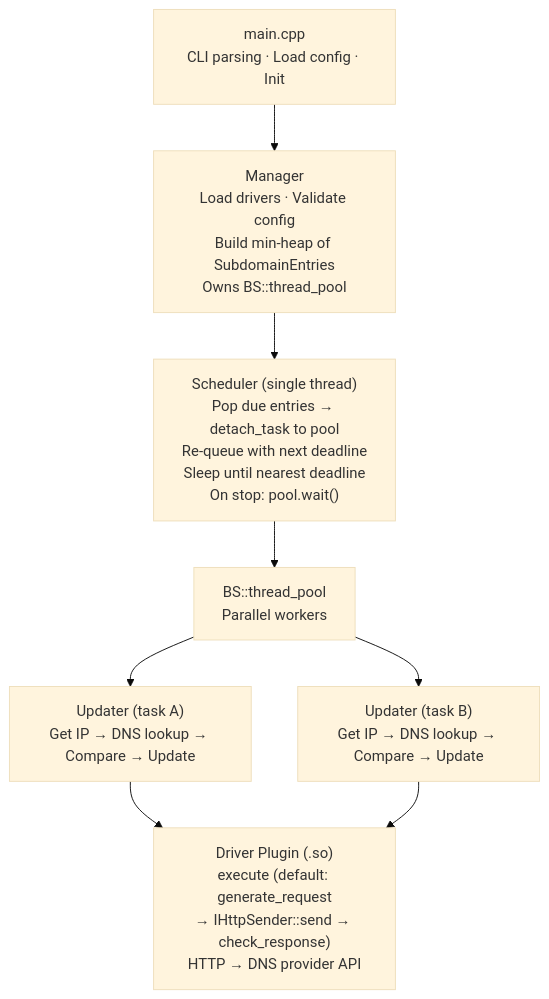
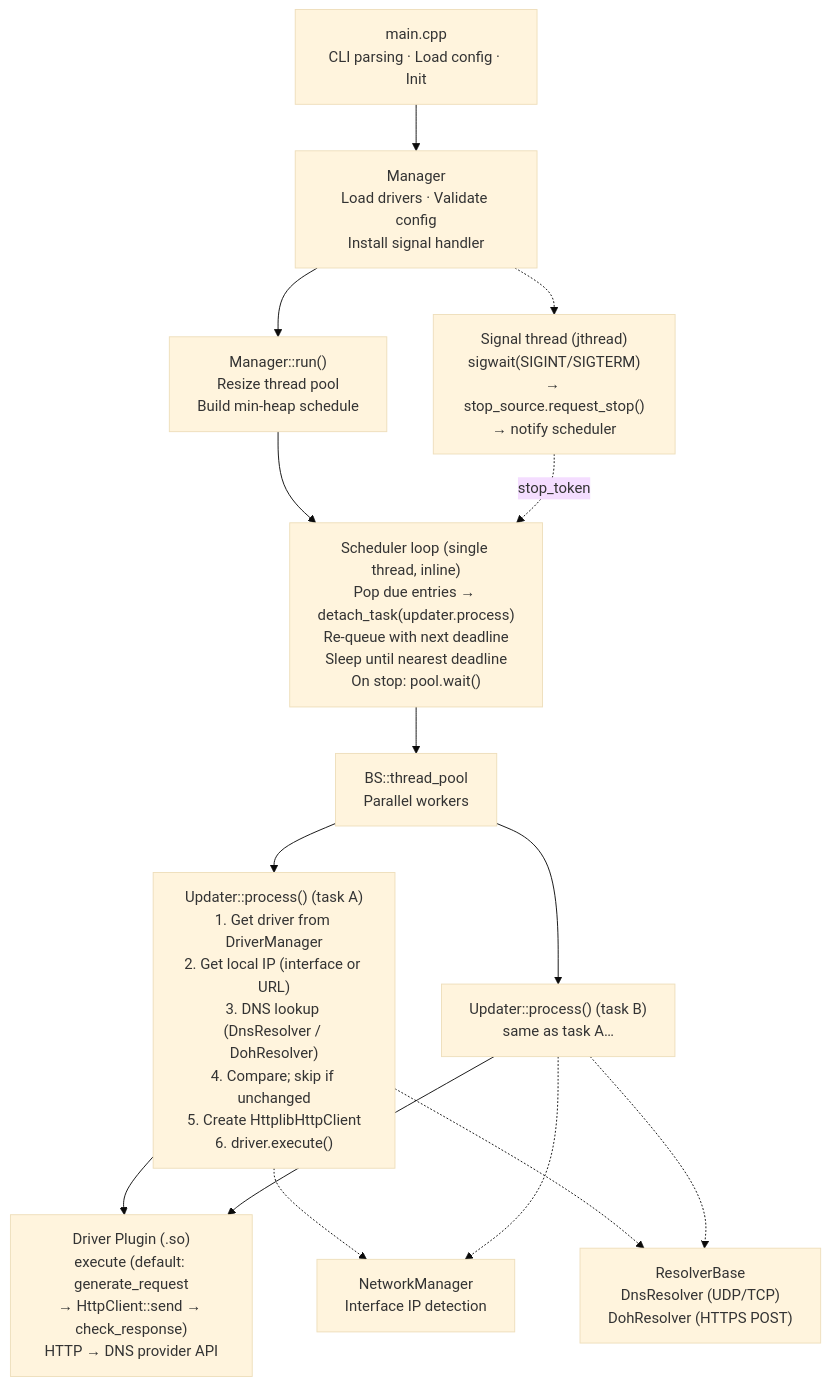
The diagram in README.md (CyberKoo/yaddnsc), drawn with Mermaid (base theme) before and after one commit. The commit also changed other lines of this file and 30 other files, not shown here.

First line of the commit message:
Feature: add DNS-over-HTTPS (DoH) support and concurrent multi-resolver DNS queries

````diff
--- a/README.md
+++ b/README.md
@@ -27,32 +27,55 @@
 ```mermaid
 flowchart TB
     main["main.cpp
 CLI parsing · Load config · Init"]
     mgr["Manager
 Load drivers · Validate config
-Build min-heap of SubdomainEntries
-Owns BS::thread_pool"]
-    sched["Scheduler (single thread)
-Pop due entries → detach_task to pool
+Install signal handler"]
+    run["Manager::run()
+Resize thread pool
+Build min-heap schedule"]
+    sched["Scheduler loop (single thread, inline)
+Pop due entries → detach_task(updater.process)
 Re-queue with next deadline
 Sleep until nearest deadline
 On stop: pool.wait()"]
+    signal["Signal thread (jthread)
+sigwait(SIGINT/SIGTERM)
+→ stop_source.request_stop()
+→ notify scheduler"]
     pool["BS::thread_pool
 Parallel workers"]
-    updaterA["Updater (task A)
-Get IP → DNS lookup → Compare → Update"]
-    updaterB["Updater (task B)
-Get IP → DNS lookup → Compare → Update"]
+    updaterA["Updater::process() (task A)
+1. Get driver from DriverManager
+2. Get local IP (interface or URL)
+3. DNS lookup (DnsResolver / DohResolver)
+4. Compare; skip if unchanged
+5. Create HttplibHttpClient
+6. driver.execute()"]
+    updaterB["Updater::process() (task B)
+same as task A…"]
     driver["Driver Plugin (.so)
 execute (default: generate_request
-→ IHttpSender::send → check_response)
+→ HttpClient::send → check_response)
 HTTP → DNS provider API"]
+    net["NetworkManager
+Interface IP detection"]
+    dns["ResolverBase
+DnsResolver (UDP/TCP)
+DohResolver (HTTPS POST)"]
 
     main --> mgr
-    mgr --> sched
+    mgr --> run
+    run --> sched
+    mgr -.-> signal
+    signal -.->|stop_token| sched
     sched --> pool
     pool --> updaterA
     pool --> updaterB
     updaterA --> driver
     updaterB --> driver
+    updaterA -.-> net
+    updaterB -.-> net
+    updaterA -.-> dns
+    updaterB -.-> dns
 ```
````
